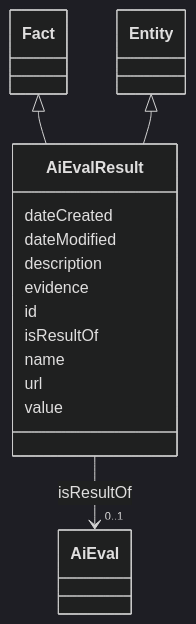
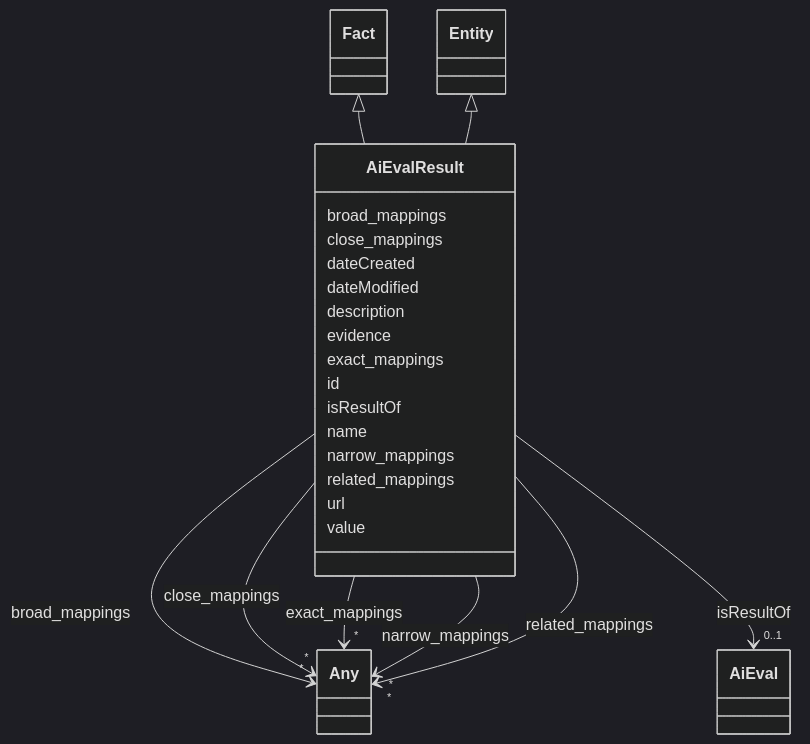
One commit to ingelise/risk-atlas-nexus changed the diagram in docs/ontology/AiEvalResult.md. Above: the diagram before and after it, drawn with Mermaid (dark theme). The commit also changed other lines of this file and 180 other files, not shown here.

```diff
--- a/docs/ontology/AiEvalResult.md
+++ b/docs/ontology/AiEvalResult.md
@@ -24,6 +24,28 @@
       Entity <|-- AiEvalResult
         click Entity href "../Entity/"
 
+      AiEvalResult : broad_mappings
+
+
+
+
+
+        AiEvalResult --> "*" Any : broad_mappings
+        click Any href "../Any/"
+
+
+
+      AiEvalResult : close_mappings
+
+
+
+
+
+        AiEvalResult --> "*" Any : close_mappings
+        click Any href "../Any/"
+
+
+
       AiEvalResult : dateCreated
 
       AiEvalResult : dateModified
@@ -31,6 +53,17 @@
       AiEvalResult : description
 
       AiEvalResult : evidence
+
+      AiEvalResult : exact_mappings
+
+
+
+
+
+        AiEvalResult --> "*" Any : exact_mappings
+        click Any href "../Any/"
+
+
 
       AiEvalResult : id
 
@@ -47,6 +80,28 @@
 
       AiEvalResult : name
 
+      AiEvalResult : narrow_mappings
+
+
+
+
+
+        AiEvalResult --> "*" Any : narrow_mappings
+        click Any href "../Any/"
+
+
+
+      AiEvalResult : related_mappings
+
+
+
+
+
+        AiEvalResult --> "*" Any : related_mappings
+        click Any href "../Any/"
+
+
+
       AiEvalResult : url
 
       AiEvalResult : value
```
